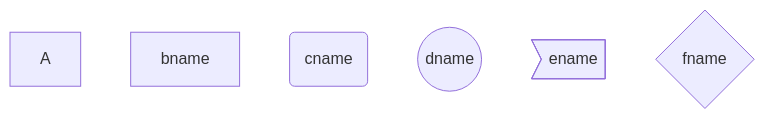
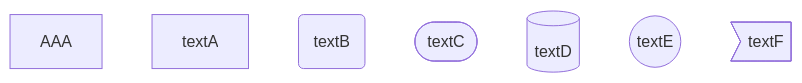
The first of 14 diagrams in Markdown.md (8629303/java-tutorial), drawn with Mermaid before and after one commit. The commit also changed other lines of this file and 4 other files, not shown here.

Commit message:
add maven 实战 update markdown, 新增markdown 画图工具

````diff
--- a/Markdown.md
+++ b/Markdown.md
@@ -83,9 +84,10 @@
 ```mermaid
 graph TB
-A
-B[bname]
-C(cname)
-D((dname))
-E>ename]
-F{fname}
+  AAA
+  A[textA]
+  B(textB)
+  C([textC])
+  D[(textD)]
+  E((textE))
+  F>textF]
 ```
````
